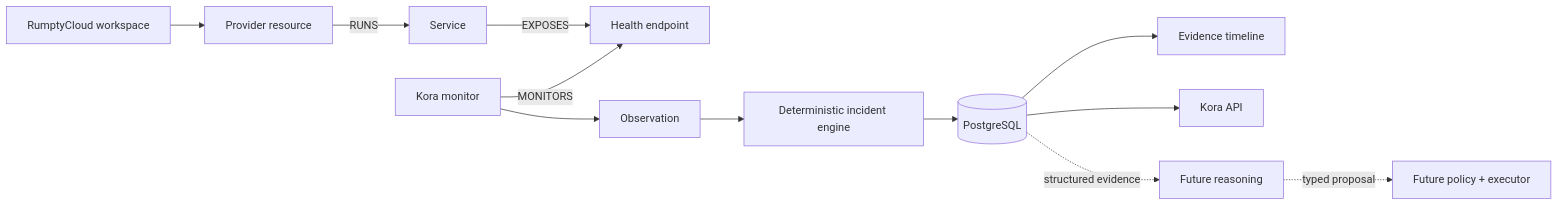
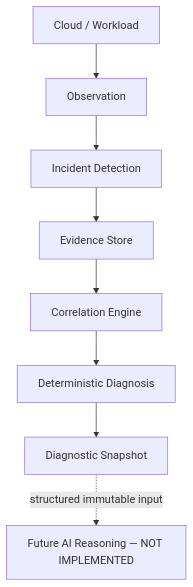
The diagram in README.md (VictorCyberDev/kora), drawn with Mermaid before and after one commit. The commit also changed other lines of this file, not shown here.

Commit message:
docs: update Kora architecture for deterministic diagnosis

````diff
--- a/README.md
+++ b/README.md
@@ -13,14 +13,10 @@
 ```mermaid
-flowchart LR
-  RC[RumptyCloud workspace] --> R[Provider resource]
-  R -->|RUNS| S[Service]
-  S -->|EXPOSES| H[Health endpoint]
-  M[Kora monitor] -->|MONITORS| H
-  M --> O[Observation]
-  O --> I[Deterministic incident engine]
-  I --> P[(PostgreSQL)]
-  P --> T[Evidence timeline]
-  P --> A[Kora API]
-  P -. structured evidence .-> AI[Future reasoning]
-  AI -. typed proposal .-> PE[Future policy + executor]
+flowchart TD
+  C[Cloud / Workload] --> O[Observation]
+  O --> I[Incident Detection]
+  I --> E[Evidence Store]
+  E --> R[Correlation Engine]
+  R --> D[Deterministic Diagnosis]
+  D --> S[Diagnostic Snapshot]
+  S -. structured immutable input .-> AI[Future AI Reasoning — NOT IMPLEMENTED]
 ```
````
